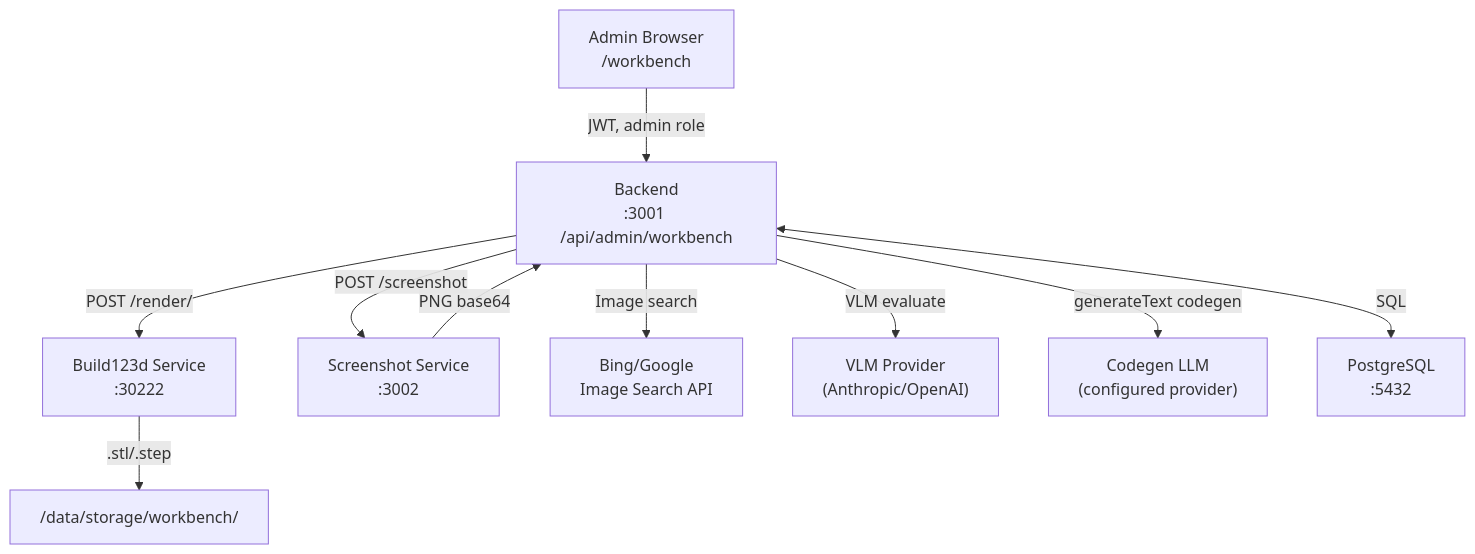
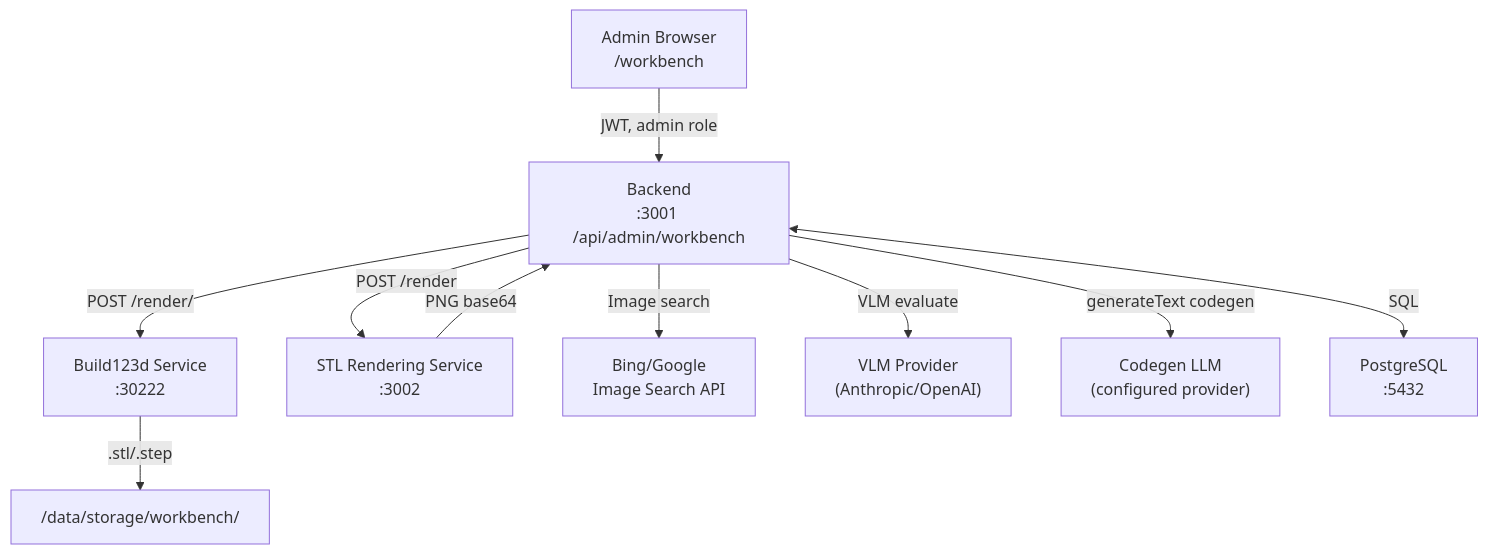
One commit to kreuzhofer/chat3d-app changed the diagram in docs/build123d-llm-workbench.md. Above: the diagram before and after it, drawn with Mermaid. The commit also changed other lines of this file, not shown here.

First line of the commit message:
Rename screenshot-service to stl-rendering-service throughout design doc

````diff
--- a/docs/build123d-llm-workbench.md
+++ b/docs/build123d-llm-workbench.md
@@ -141,12 +141,12 @@
 ```mermaid
 graph TD
     Admin["Admin Browser\n/workbench"] -->|JWT, admin role| Backend["Backend\n:3001 /api/admin/workbench"]
     Backend -->|POST /render/| Build123d["Build123d Service\n:30222"]
-    Backend -->|POST /screenshot| Screenshot["Screenshot Service\n:3002"]
+    Backend -->|POST /render| STLRenderer["STL Rendering Service\n:3002"]
     Backend -->|Image search| ImageSearch["Bing/Google\nImage Search API"]
     Backend -->|VLM evaluate| LLM_VLM["VLM Provider\n(Anthropic/OpenAI)"]
     Backend -->|generateText codegen| LLM_Codegen["Codegen LLM\n(configured provider)"]
     Backend <-->|SQL| DB["PostgreSQL\n:5432"]
     Build123d -->|.stl/.step| Storage["/data/storage/workbench/"]
-    Screenshot -->|PNG base64| Backend
+    STLRenderer -->|PNG base64| Backend
 ```
````
